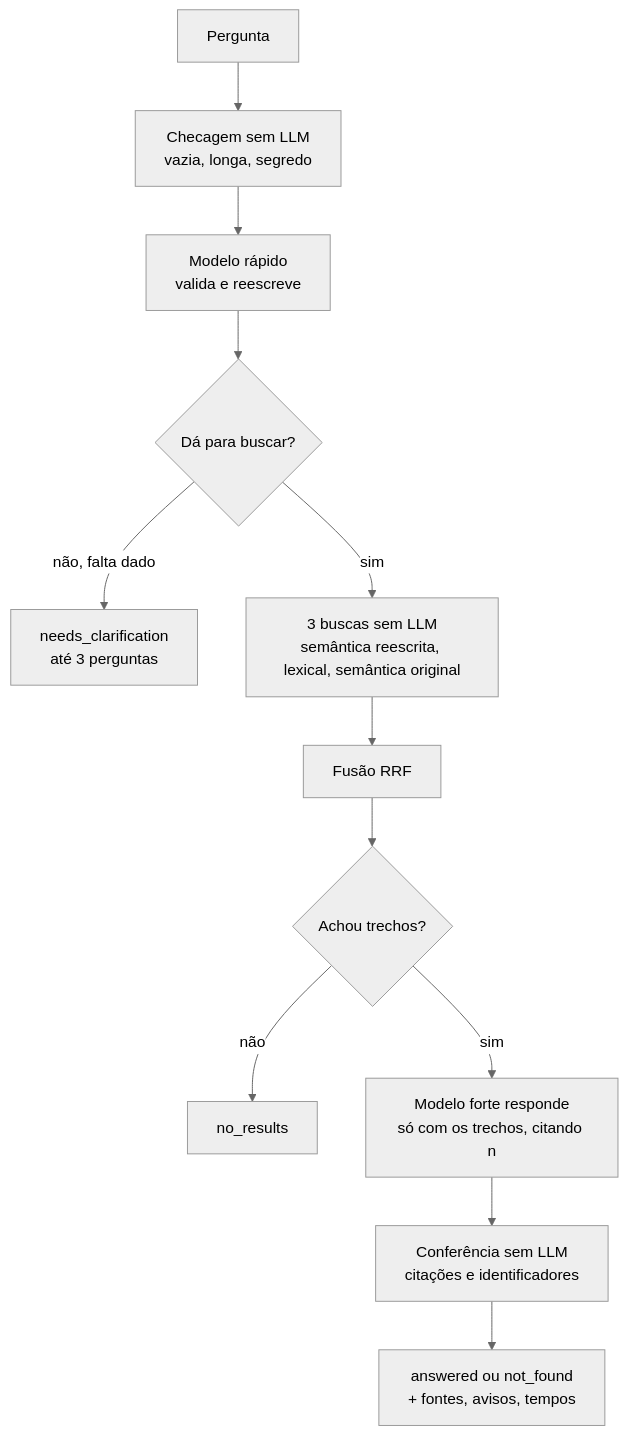
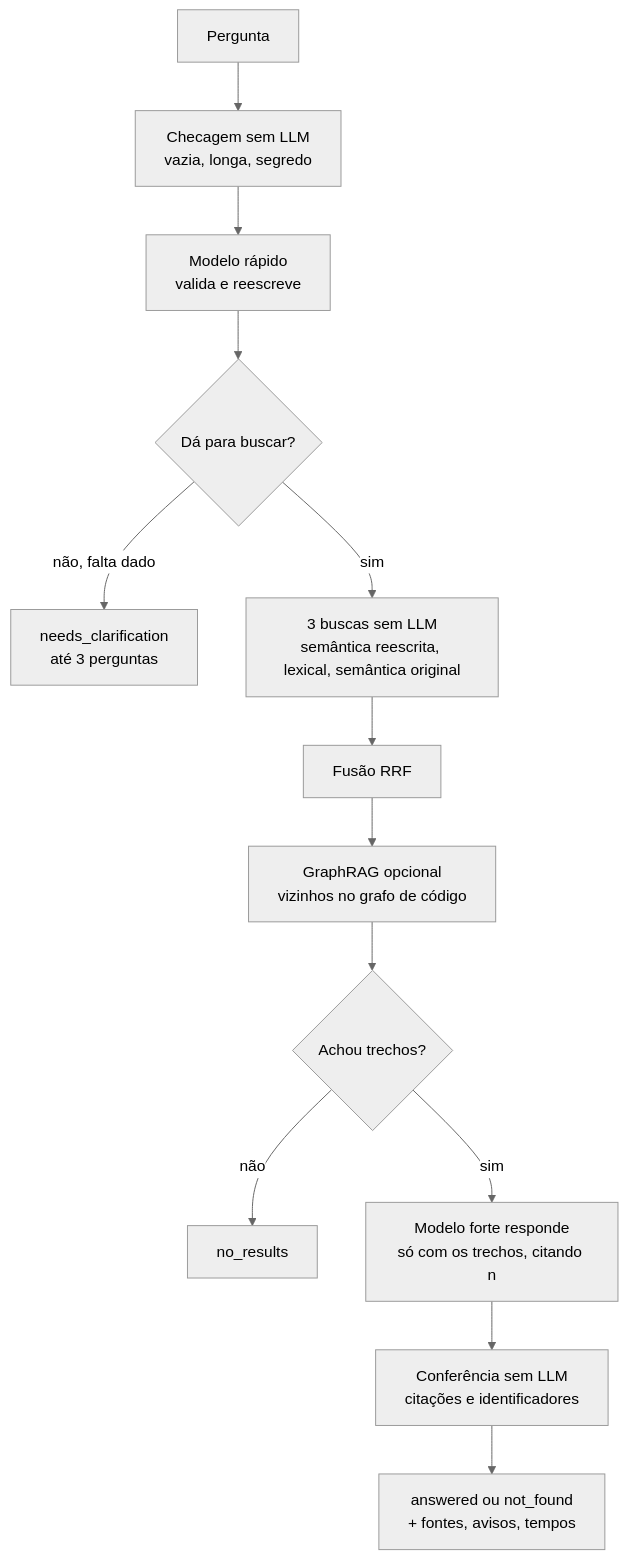
The fifth of 6 diagrams in README.md (luan-vega/spec-embeddings-java), drawn with Mermaid (neutral theme) before and after one commit. The commit also changed other lines of this file, not shown here.

First line of the commit message:
README: GraphRAG no fluxo do ask, dataset de fluxo e correções

````diff
--- a/README.md
+++ b/README.md
@@ -269,14 +271,15 @@
 ```mermaid
 flowchart TB
     IN["Pergunta"] --> CHK["Checagem sem LLM<br/>vazia, longa, segredo"]
     CHK --> VAL["Modelo rápido<br/>valida e reescreve"]
     VAL --> OK{"Dá para buscar?"}
     OK -- "não, falta dado" --> CLAR["needs_clarification<br/>até 3 perguntas"]
     OK -- sim --> S["3 buscas sem LLM<br/>semântica reescrita, lexical, semântica original"]
     S --> M["Fusão RRF"]
-    M --> NONE{"Achou trechos?"}
+    M --> GR["GraphRAG opcional<br/>vizinhos no grafo de código"]
+    GR --> NONE{"Achou trechos?"}
     NONE -- não --> NR["no_results"]
     NONE -- sim --> ANS["Modelo forte responde<br/>só com os trechos, citando n"]
     ANS --> CHECK["Conferência sem LLM<br/>citações e identificadores"]
     CHECK --> RESP["answered ou not_found<br/>+ fontes, avisos, tempos"]
 ```
````
